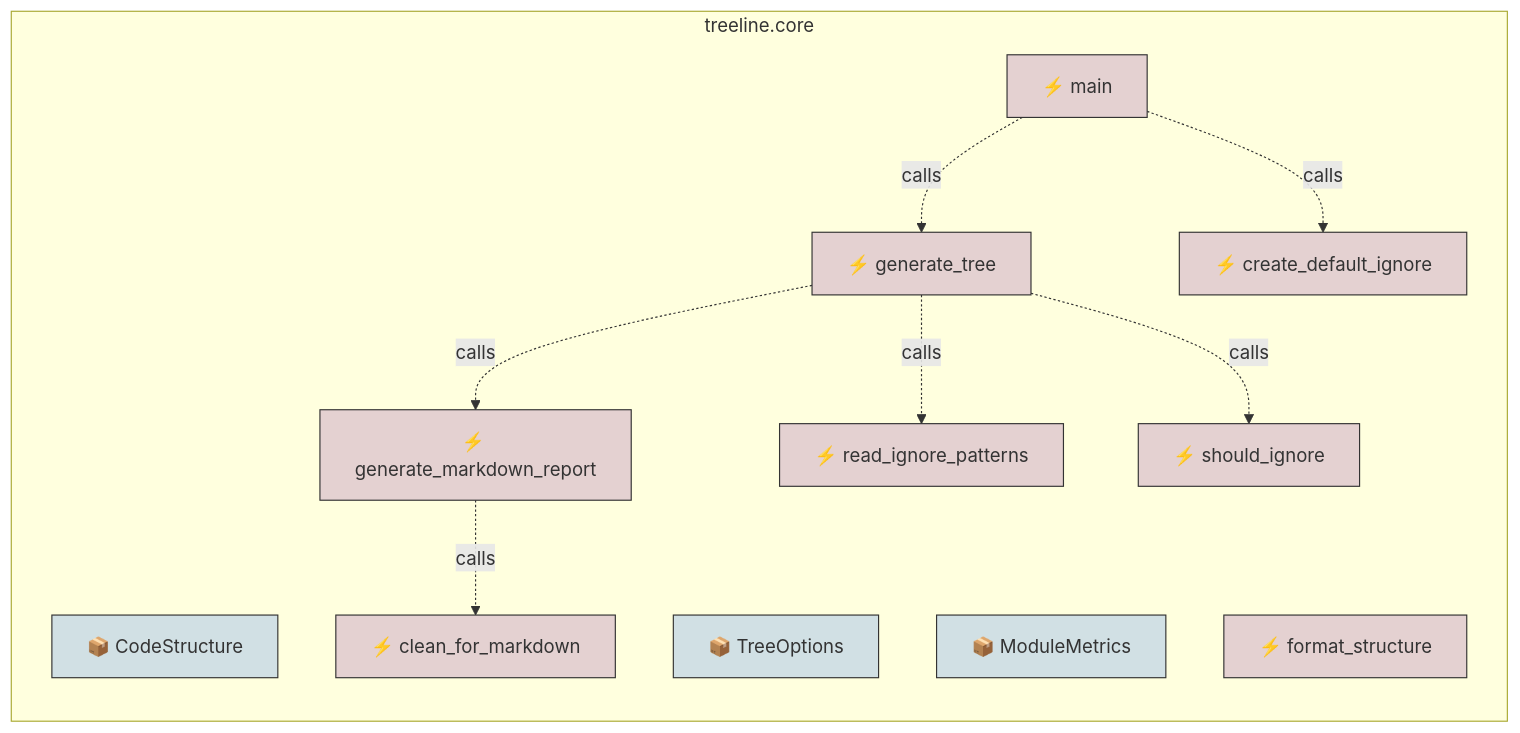
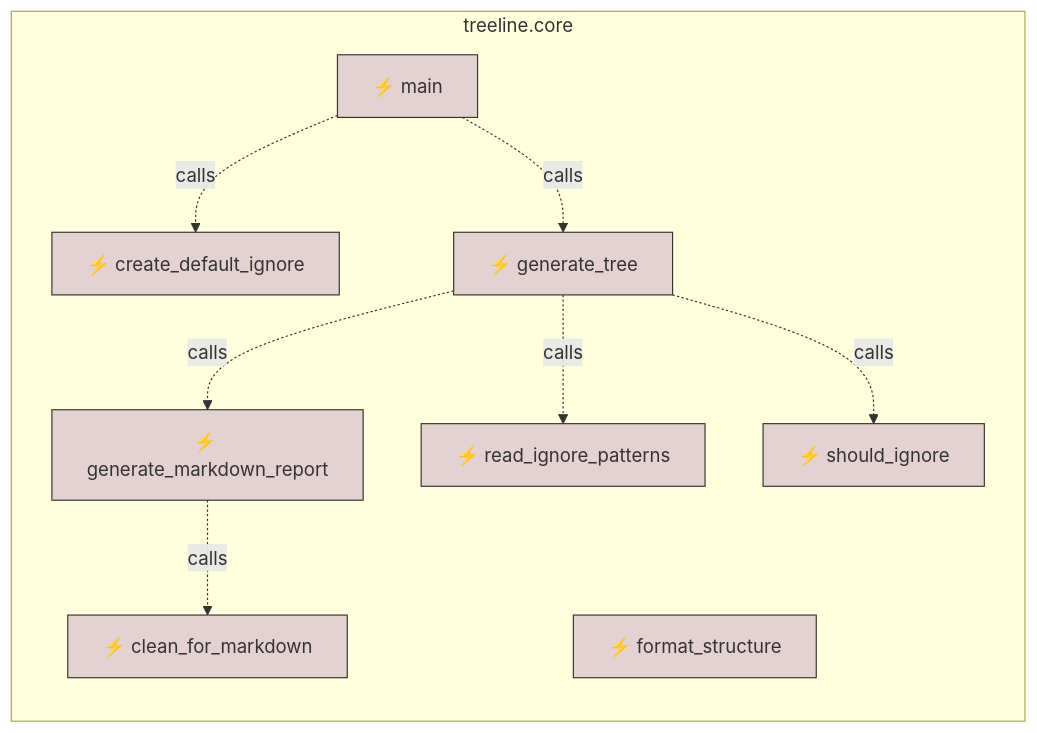
One commit to duriantaco/treeline changed the fifth of 14 diagrams in docs/tree.md. Above: the diagram before and after it, drawn with Mermaid. The commit also changed other lines of this file and 5 other files, not shown here.

````diff
--- a/docs/tree.md
+++ b/docs/tree.md
@@ -112,29 +118,26 @@
 ```mermaid
 graph TD
 
     %% Styling
     classDef fnNode fill:#e4d1d1,stroke:#333
     classDef clsNode fill:#d1e0e4,stroke:#333
 
     subgraph treeline_core["treeline.core"]
         direction TB
-        treeline_core_CodeStructure["📦 CodeStructure"]:::clsNode
-        treeline_core_TreeOptions["📦 TreeOptions"]:::clsNode
-        treeline_core_ModuleMetrics["📦 ModuleMetrics"]:::clsNode
         treeline_core_create_default_ignore["⚡ create_default_ignore"]:::fnNode
         treeline_core_read_ignore_patterns["⚡ read_ignore_patterns"]:::fnNode
         treeline_core_should_ignore["⚡ should_ignore"]:::fnNode
         treeline_core_clean_for_markdown["⚡ clean_for_markdown"]:::fnNode
         treeline_core_format_structure["⚡ format_structure"]:::fnNode
         treeline_core_generate_markdown_report["⚡ generate_markdown_report"]:::fnNode
         treeline_core_generate_tree["⚡ generate_tree"]:::fnNode
         treeline_core_main["⚡ main"]:::fnNode
     end
 
     treeline_core_main -.->|calls| treeline_core_generate_tree
     treeline_core_generate_markdown_report -.->|calls| treeline_core_clean_for_markdown
     treeline_core_generate_tree -.->|calls| treeline_core_read_ignore_patterns
     treeline_core_generate_tree -.->|calls| treeline_core_generate_markdown_report
     treeline_core_generate_tree -.->|calls| treeline_core_should_ignore
     treeline_core_main -.->|calls| treeline_core_create_default_ignore
 ```
````
